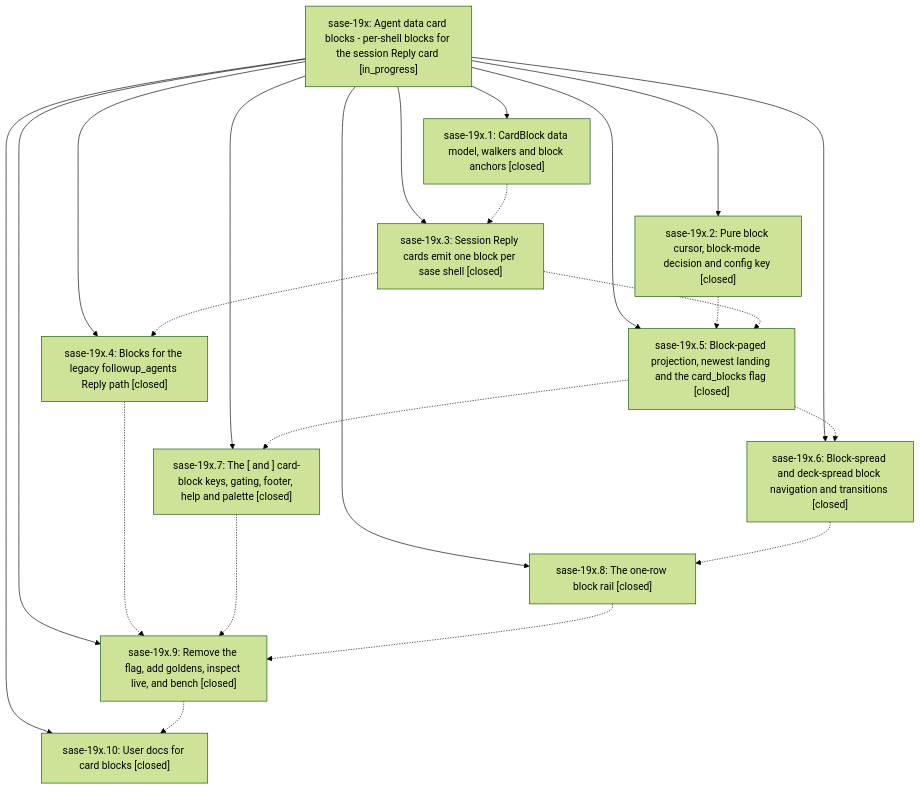
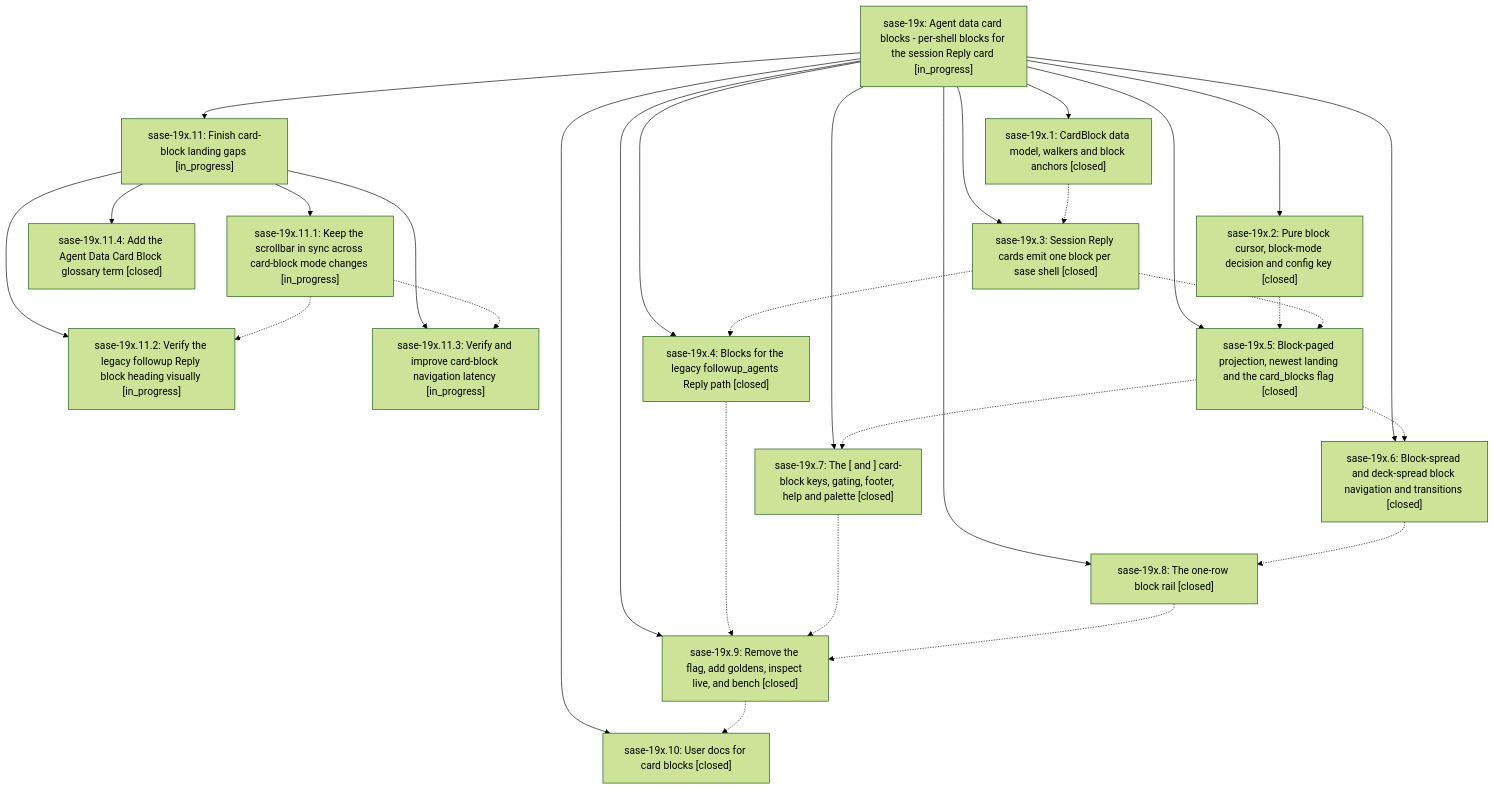
One commit to sase-org/sase--beads changed the diagram in pages/sase-19x/README.md. Above: the diagram before and after it, drawn with Mermaid (forest theme). The commit also changed other lines of this file and 11 other files, not shown here.

First line of the commit message:
chore(beads): sync bead state and pages for sase-19x

````diff
--- a/pages/sase-19x/README.md
+++ b/pages/sase-19x/README.md
@@ -69,35 +82,47 @@
 ```mermaid
 flowchart TD
     n0["sase-19x: Agent data card blocks - per-shell blocks for the session Reply card [in_progress]"]
     n1["sase-19x.1: CardBlock data model, walkers and block anchors [closed]"]
     n2["sase-19x.10: User docs for card blocks [closed]"]
-    n3["sase-19x.2: Pure block cursor, block-mode decision and config key [closed]"]
-    n4["sase-19x.3: Session Reply cards emit one block per sase shell [closed]"]
-    n5["sase-19x.4: Blocks for the legacy followup_agents Reply path [closed]"]
-    n6["sase-19x.5: Block-paged projection, newest landing and the card_blocks flag [closed]"]
-    n7["sase-19x.6: Block-spread and deck-spread block navigation and transitions [closed]"]
-    n8["sase-19x.7: The [ and ] card-block keys, gating, footer, help and palette [closed]"]
-    n9["sase-19x.8: The one-row block rail [closed]"]
-    n10["sase-19x.9: Remove the flag, add goldens, inspect live, and bench [closed]"]
+    n3["sase-19x.11: Finish card-block landing gaps [in_progress]"]
+    n4["sase-19x.11.1: Keep the scrollbar in sync across card-block mode changes [in_progress]"]
+    n5["sase-19x.11.2: Verify the legacy followup Reply block heading visually [in_progress]"]
+    n6["sase-19x.11.3: Verify and improve card-block navigation latency [in_progress]"]
+    n7["sase-19x.11.4: Add the Agent Data Card Block glossary term [closed]"]
+    n8["sase-19x.2: Pure block cursor, block-mode decision and config key [closed]"]
+    n9["sase-19x.3: Session Reply cards emit one block per sase shell [closed]"]
+    n10["sase-19x.4: Blocks for the legacy followup_agents Reply path [closed]"]
+    n11["sase-19x.5: Block-paged projection, newest landing and the card_blocks flag [closed]"]
+    n12["sase-19x.6: Block-spread and deck-spread block navigation and transitions [closed]"]
+    n13["sase-19x.7: The [ and ] card-block keys, gating, footer, help and palette [closed]"]
+    n14["sase-19x.8: The one-row block rail [closed]"]
+    n15["sase-19x.9: Remove the flag, add goldens, inspect live, and bench [closed]"]
     n0 --> n1
     n0 --> n2
     n0 --> n3
-    n0 --> n4
-    n0 --> n5
-    n0 --> n6
-    n0 --> n7
+    n3 --> n4
+    n3 --> n5
+    n3 --> n6
+    n3 --> n7
     n0 --> n8
     n0 --> n9
     n0 --> n10
-    n1 -.-> n4
-    n3 -.-> n6
+    n0 --> n11
+    n0 --> n12
+    n0 --> n13
+    n0 --> n14
+    n0 --> n15
+    n1 -.-> n9
     n4 -.-> n5
     n4 -.-> n6
-    n5 -.-> n10
-    n6 -.-> n7
-    n6 -.-> n8
-    n7 -.-> n9
-    n8 -.-> n10
+    n8 -.-> n11
     n9 -.-> n10
-    n10 -.-> n2
+    n9 -.-> n11
+    n10 -.-> n15
+    n11 -.-> n12
+    n11 -.-> n13
+    n12 -.-> n14
+    n13 -.-> n15
+    n14 -.-> n15
+    n15 -.-> n2
 ```
````
